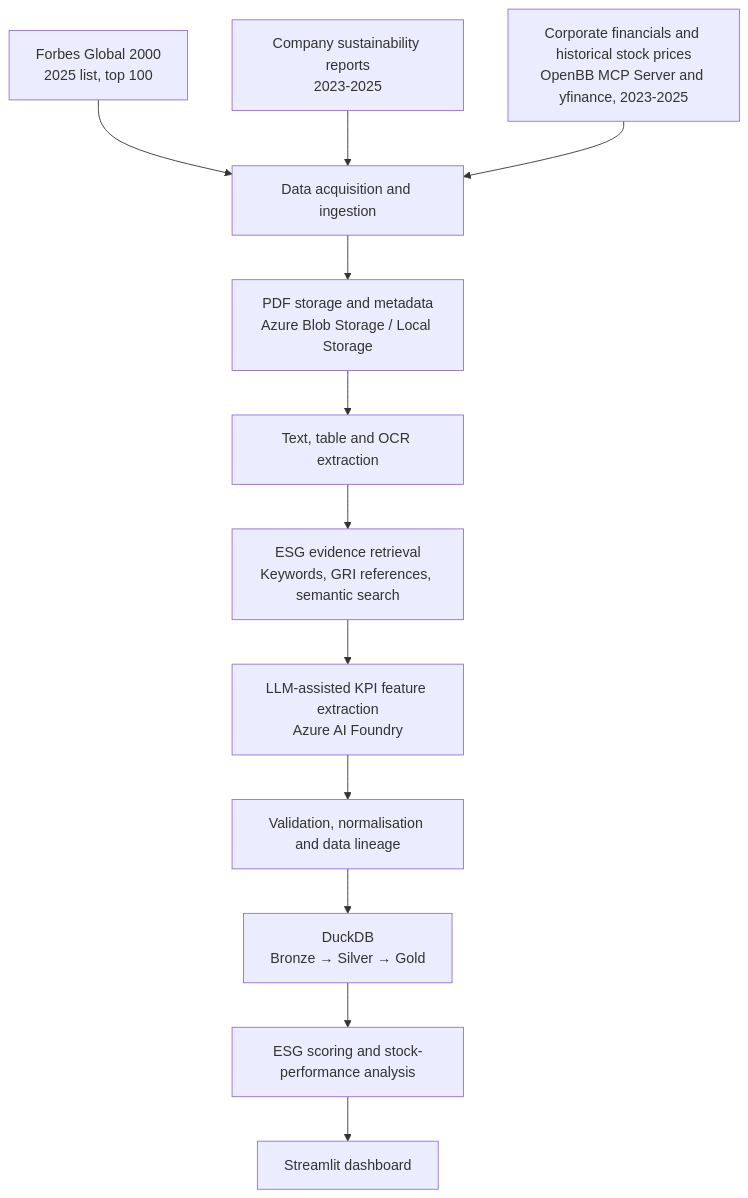
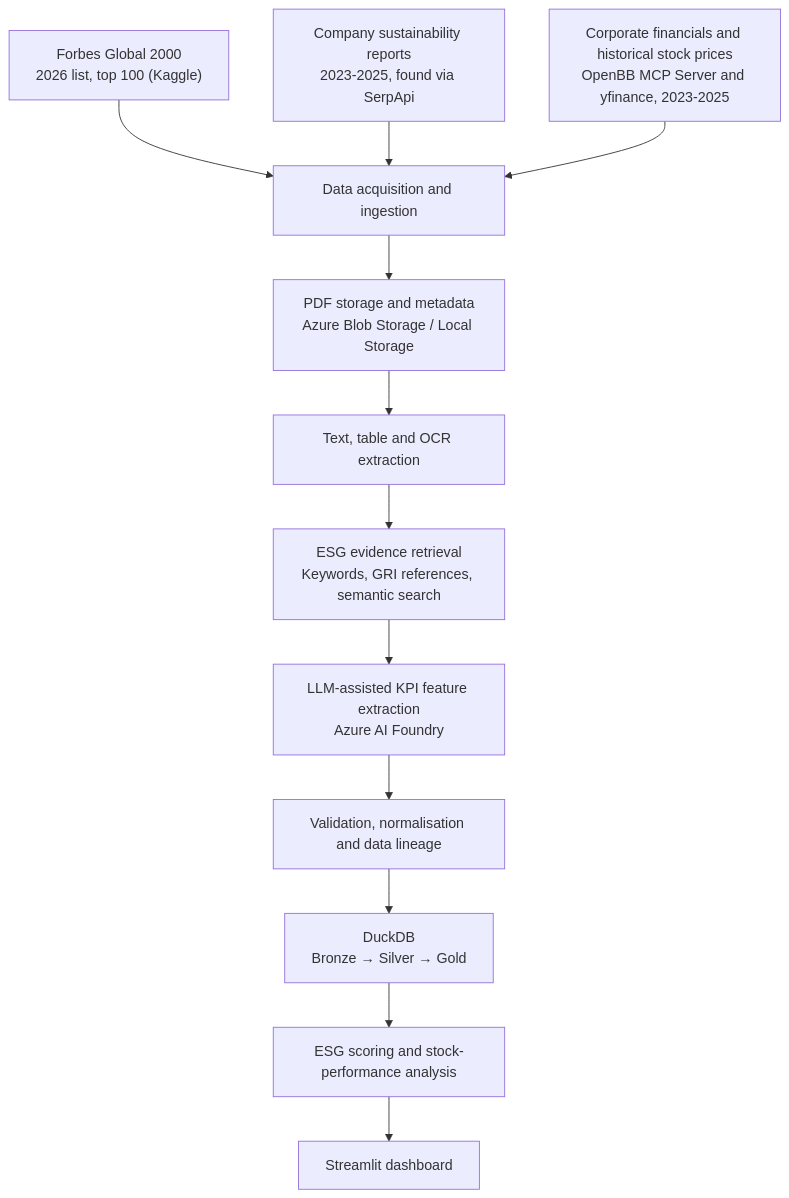
Before and after one commit to prakgov/esg-profile: the first of 4 diagrams in docs/ARCHITECTURE.md, drawn with Mermaid. The commit also changed other lines of this file and 4 other files, not shown here.

First line of the commit message:
docs: Record pilot design decisions and move study to Forbes 2026 list

````diff
--- a/docs/ARCHITECTURE.md
+++ b/docs/ARCHITECTURE.md
@@ -14,27 +14,27 @@
 ```mermaid
 flowchart TD
-    A1["Forbes Global 2000<br/>2025 list, top 100"]
-    A2["Company sustainability reports<br/>2023-2025"]
+    A1["Forbes Global 2000<br/>2026 list, top 100 (Kaggle)"]
+    A2["Company sustainability reports<br/>2023-2025, found via SerpApi"]
     A3["Corporate financials and historical stock prices<br/>OpenBB MCP Server and yfinance, 2023-2025"]
     B[Data acquisition and ingestion]
     C["PDF storage and metadata<br/>Azure Blob Storage / Local Storage"]
     D[Text, table and OCR extraction]
     E["ESG evidence retrieval<br/>Keywords, GRI references, semantic search"]
     F["LLM-assisted KPI feature extraction<br/>Azure AI Foundry"]
     G[Validation, normalisation and data lineage]
     H["DuckDB<br/>Bronze → Silver → Gold"]
     I[ESG scoring and stock-performance analysis]
     J[Streamlit dashboard]
 
     A1 --> B
     A2 --> B
     A3 --> B
     B --> C
     C --> D
     D --> E
     E --> F
     F --> G
     G --> H
     H --> I
     I --> J
 ```
````
